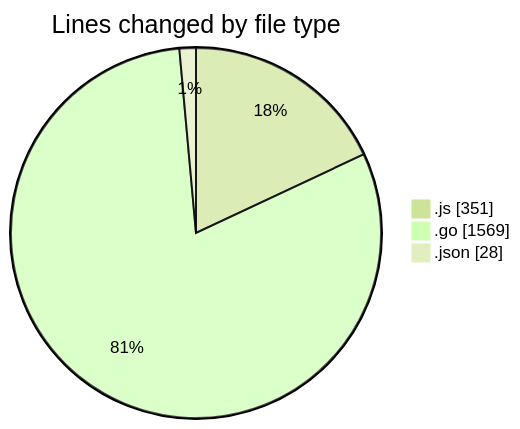
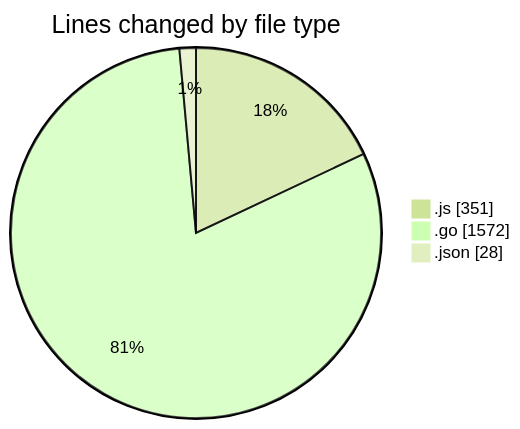
One commit to robertbonfada/code-tracking changed the first of 2 diagrams in 2025-03-04/simulador-serial/README.md. Above: the diagram before and after it, drawn with Mermaid (forest theme). The commit also changed other lines of this file and 1 other file, not shown here.

````diff
--- a/2025-03-04/simulador-serial/README.md
+++ b/2025-03-04/simulador-serial/README.md
@@ -25,7 +25,7 @@
 ```mermaid
 pie showData
 title Lines changed by file type
 ".js" : 351
-".go" : 1569
+".go" : 1572
 ".json" : 28
 ```
````
